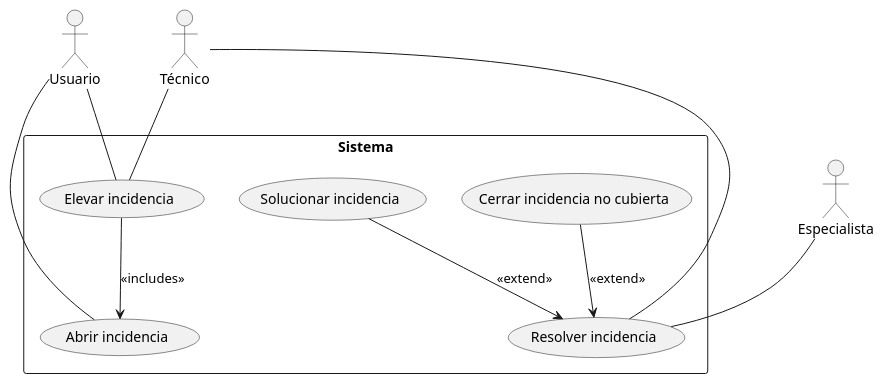
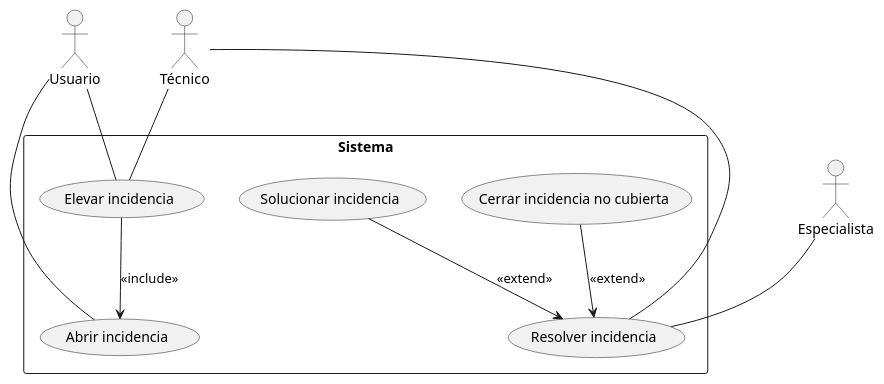
The tenth of 16 diagrams in entornos-de-desarrollo/apuntes/6/ED-06-uml.org (alvarogonzalezsotillo/apuntes-clase), drawn with PlantUML before and after one commit. The commit also changed other lines of this file and 47 other files, not shown here.

```diff
--- a/entornos-de-desarrollo/apuntes/6/ED-06-uml.org
+++ b/entornos-de-desarrollo/apuntes/6/ED-06-uml.org
@@ -526,27 +526,27 @@
 #+begin_src plantuml :file media/soporte-tecnico.svg
 @startuml
 
 actor Usuario
 actor Técnico
 actor Especialista
 
 rectangle Sistema {
     Usuario -- (Abrir incidencia)
 
     Técnico -- (Resolver incidencia)
 
     (Cerrar incidencia no cubierta) --> (Resolver incidencia) : <<extend>>
     (Solucionar incidencia) --> (Resolver incidencia) : <<extend>>
         
     Usuario -- (Elevar incidencia)
     Técnico -- (Elevar incidencia)
         
-    (Elevar incidencia) --> (Abrir incidencia) : <<includes>>
+    (Elevar incidencia) --> (Abrir incidencia) : <<include>>
 
     Especialista -- (Resolver incidencia)    
 }
 
 
 
 @enduml  
 #+end_src
```
